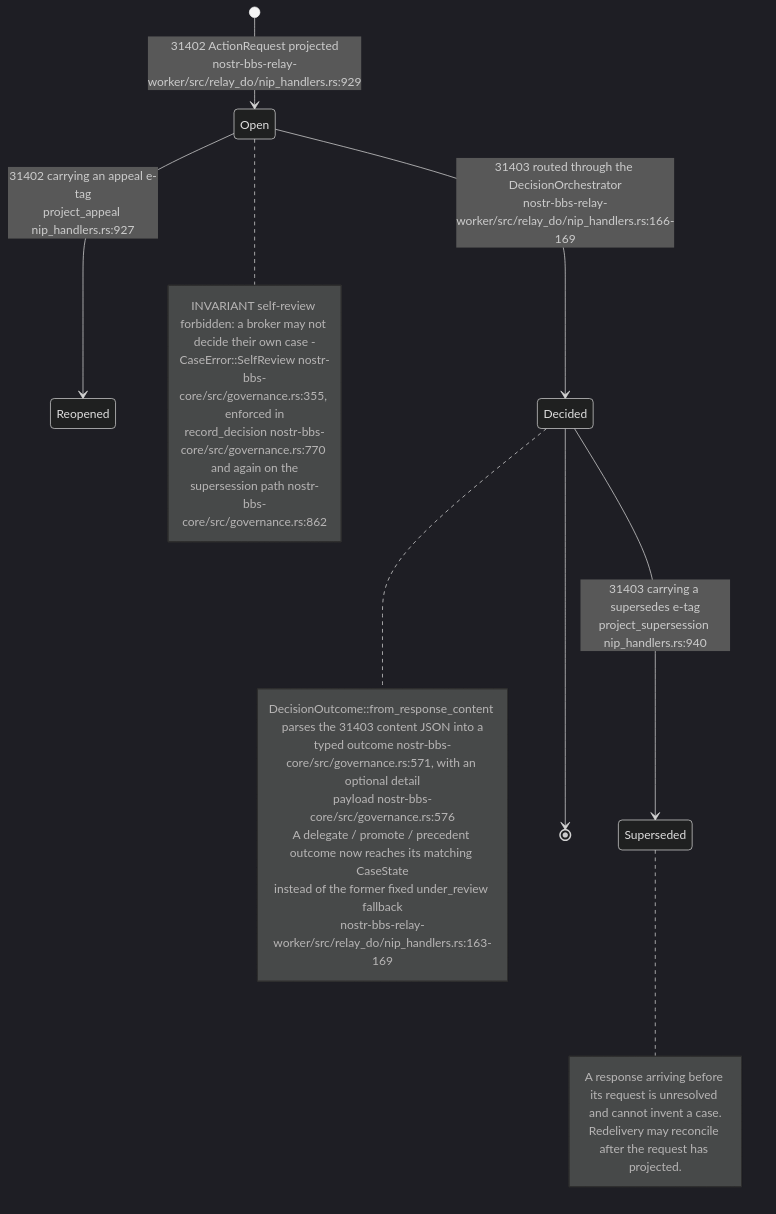
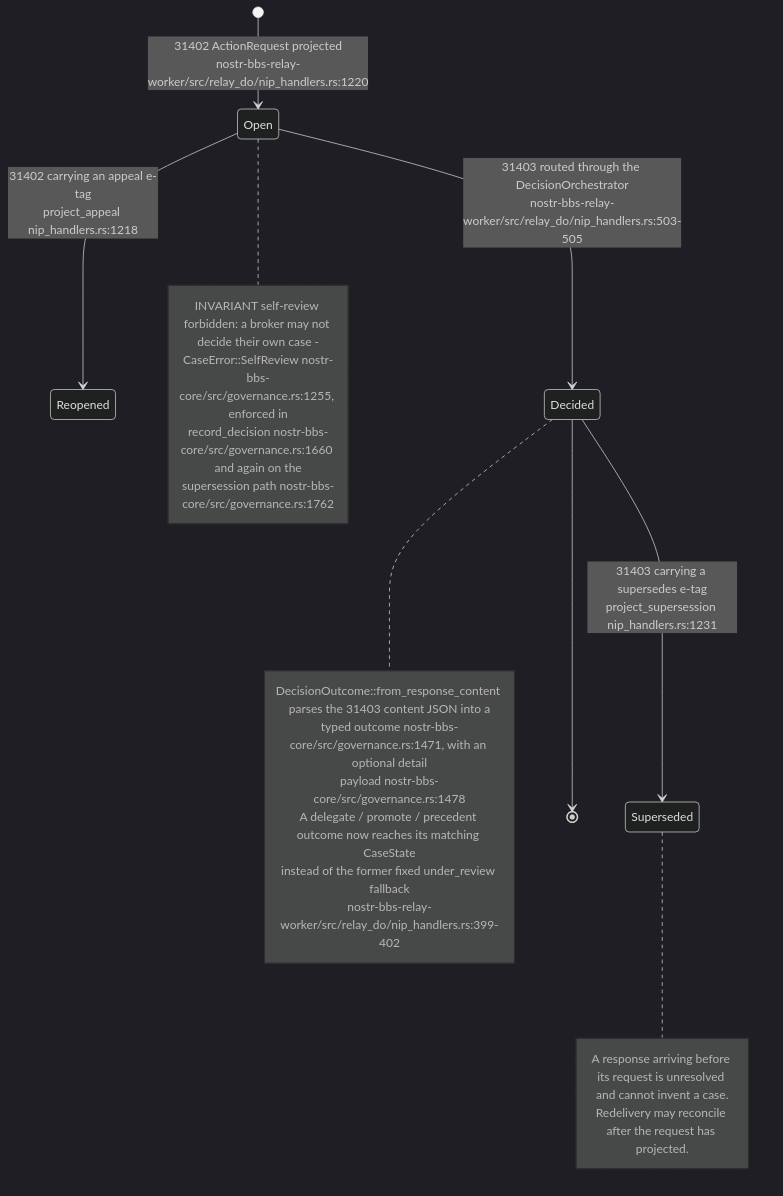
The sixth of 15 diagrams in docs/diagrams/nostr-rust-forum/06-agent-control-surface-31400-31405.md (DreamLab-AI/VisionFlow), drawn with Mermaid (dark theme) before and after one commit. The commit also changed other lines of this file and 11 other files, not shown here.

````diff
--- a/docs/diagrams/nostr-rust-forum/06-agent-control-surface-31400-31405.md
+++ b/docs/diagrams/nostr-rust-forum/06-agent-control-surface-31400-31405.md
@@ -166,27 +164,27 @@
 ```mermaid
 stateDiagram-v2
-    [*] --> Open: 31402 ActionRequest projected<br/>nostr-bbs-relay-worker/src/relay_do/nip_handlers.rs:929
-    Open --> Reopened: 31402 carrying an appeal e-tag<br/>project_appeal nip_handlers.rs:927
-    Open --> Decided: 31403 routed through the DecisionOrchestrator<br/>nostr-bbs-relay-worker/src/relay_do/nip_handlers.rs:166-169
-    Decided --> Superseded: 31403 carrying a supersedes e-tag<br/>project_supersession nip_handlers.rs:940
+    [*] --> Open: 31402 ActionRequest projected<br/>nostr-bbs-relay-worker/src/relay_do/nip_handlers.rs:1220
+    Open --> Reopened: 31402 carrying an appeal e-tag<br/>project_appeal nip_handlers.rs:1218
+    Open --> Decided: 31403 routed through the DecisionOrchestrator<br/>nostr-bbs-relay-worker/src/relay_do/nip_handlers.rs:503-505
+    Decided --> Superseded: 31403 carrying a supersedes e-tag<br/>project_supersession nip_handlers.rs:1231
     Decided --> [*]
 
     note right of Decided
         DecisionOutcome::from_response_content parses the 31403 content JSON into a
-        typed outcome nostr-bbs-core/src/governance.rs:571, with an optional detail
-        payload nostr-bbs-core/src/governance.rs:576
+        typed outcome nostr-bbs-core/src/governance.rs:1471, with an optional detail
+        payload nostr-bbs-core/src/governance.rs:1478
         A delegate / promote / precedent outcome now reaches its matching CaseState
         instead of the former fixed under_review fallback
-        nostr-bbs-relay-worker/src/relay_do/nip_handlers.rs:163-169
+        nostr-bbs-relay-worker/src/relay_do/nip_handlers.rs:399-402
     end note
     note right of Open
         INVARIANT self-review forbidden: a broker may not decide their own case -
-        CaseError::SelfReview nostr-bbs-core/src/governance.rs:355, enforced in
-        record_decision nostr-bbs-core/src/governance.rs:770 and again on the
-        supersession path nostr-bbs-core/src/governance.rs:862
+        CaseError::SelfReview nostr-bbs-core/src/governance.rs:1255, enforced in
+        record_decision nostr-bbs-core/src/governance.rs:1660 and again on the
+        supersession path nostr-bbs-core/src/governance.rs:1762
     end note
     note right of Superseded
         A response arriving before its request is unresolved and cannot invent a case.
         Redelivery may reconcile after the request has projected.
     end note
 ```
````
